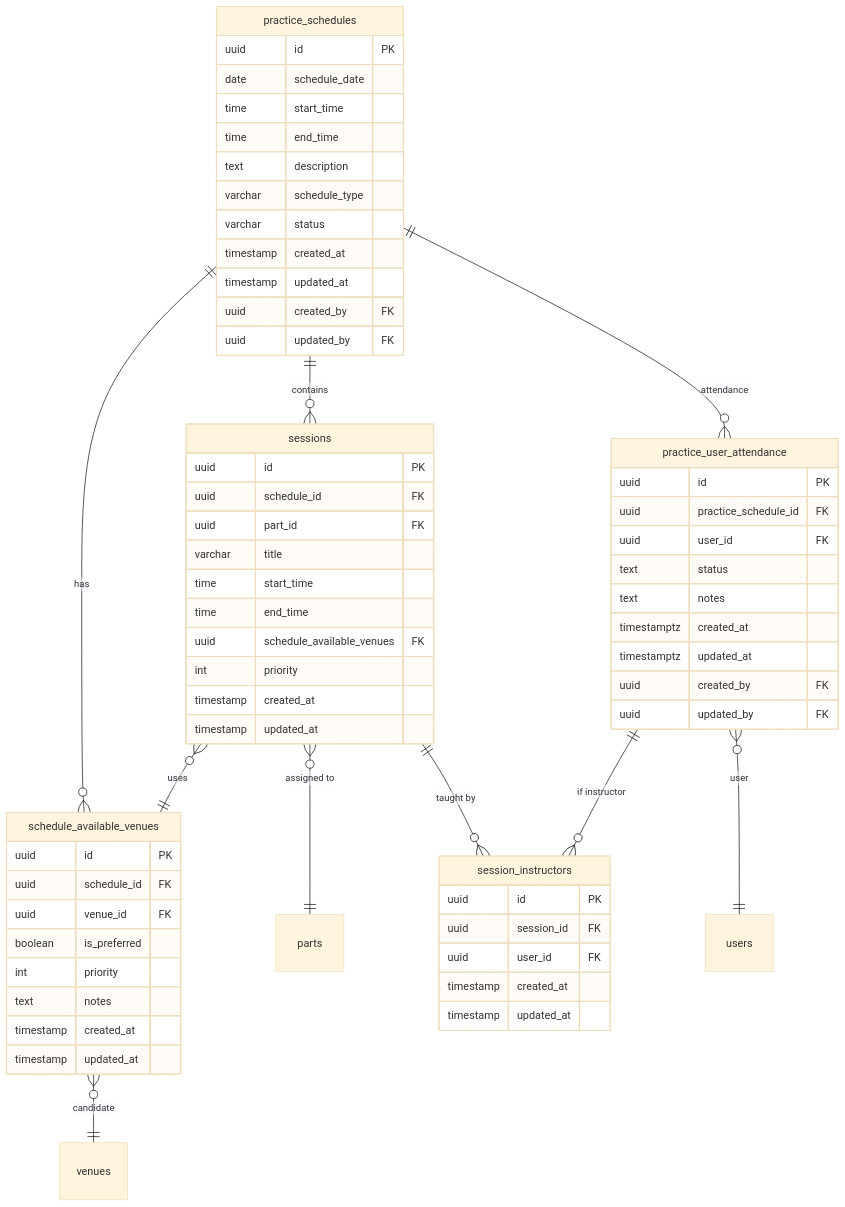
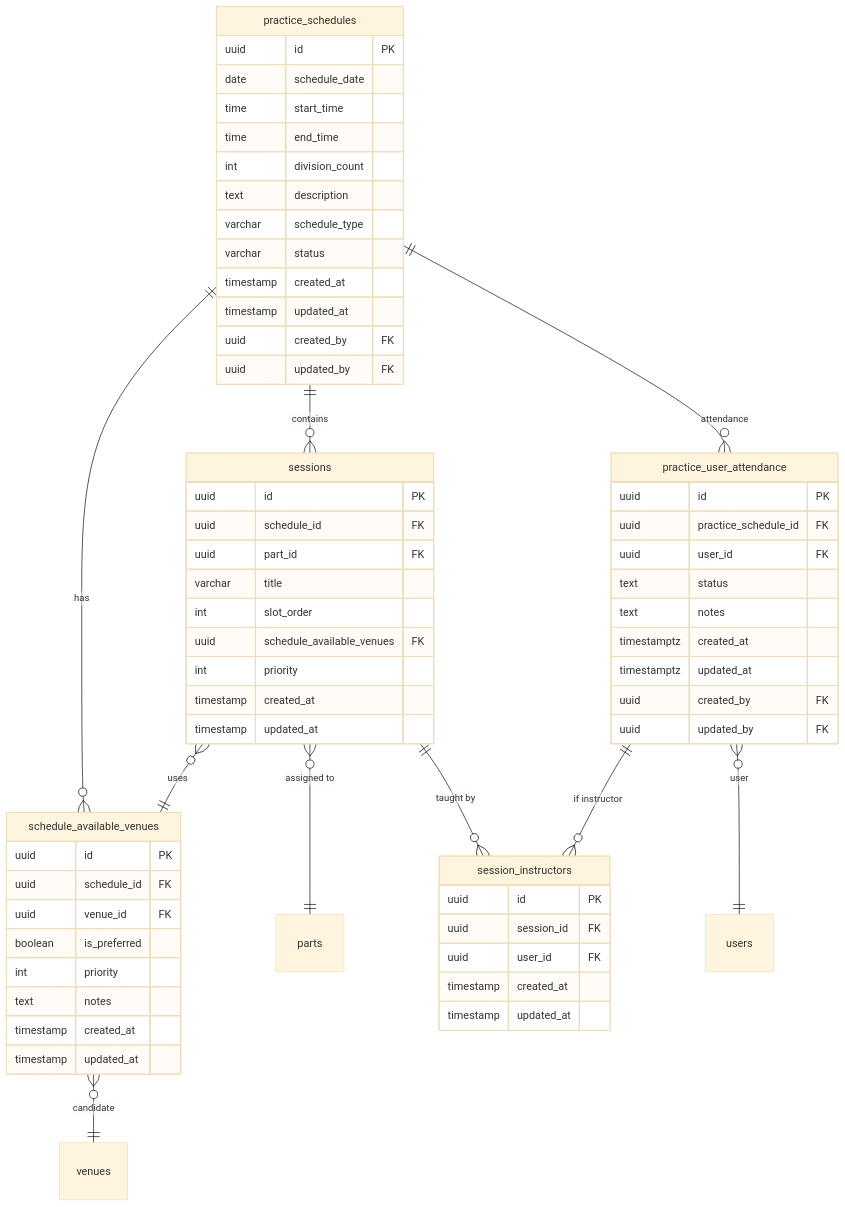
The diagram in tickets/phase_1/backend/BACK-DB-001/BACK-DB-001.3/README.md (NowatariSoma/tomosigoto_nou_system), drawn with Mermaid (base theme) before and after one commit. The commit also changed other lines of this file, not shown here.

Commit message:
[FIX] ER図修正

````diff
--- a/tickets/phase_1/backend/BACK-DB-001/BACK-DB-001.3/README.md
+++ b/tickets/phase_1/backend/BACK-DB-001/BACK-DB-001.3/README.md
@@ -84,78 +84,78 @@
 ```mermaid
 erDiagram
     %% -------------------------
     %% Core tables
     %% -------------------------
     practice_schedules {
         uuid id PK
         date schedule_date
         time start_time
         time end_time
+        int division_count
         text description
         varchar schedule_type
         varchar status
         timestamp created_at
         timestamp updated_at
         uuid created_by FK
         uuid updated_by FK
     }
 
     schedule_available_venues {
         uuid id PK
         uuid schedule_id FK
         uuid venue_id FK
         boolean is_preferred
         int priority
         text notes
         timestamp created_at
         timestamp updated_at
     }
 
     sessions {
         uuid id PK
         uuid schedule_id FK
         uuid part_id FK
         varchar title
-        time start_time
-        time end_time
+        int slot_order
         uuid schedule_available_venues FK
         int priority
         timestamp created_at
         timestamp updated_at
     }
 
     session_instructors {
         uuid id PK
         uuid session_id FK
         uuid user_id FK
         timestamp created_at
         timestamp updated_at
     }
 
     practice_user_attendance {
         uuid id PK
         uuid practice_schedule_id FK
         uuid user_id FK
         text status
         text notes
         timestamptz created_at
         timestamptz updated_at
         uuid created_by FK
         uuid updated_by FK
     }
 
     %% -------------------------
     %% Relations
     %% -------------------------
     practice_schedules ||--o{ schedule_available_venues : "has"
     practice_schedules ||--o{ sessions : "contains"
     practice_schedules ||--o{ practice_user_attendance : "attendance"
 
     schedule_available_venues }o--|| venues : "candidate"
     sessions }o--|| schedule_available_venues : "uses"
     sessions }o--|| parts : "assigned to"
     sessions ||--o{ session_instructors : "taught by"
 
     practice_user_attendance ||--o{ session_instructors : "if instructor"
     practice_user_attendance }o--|| users : "user"
 ```
````
